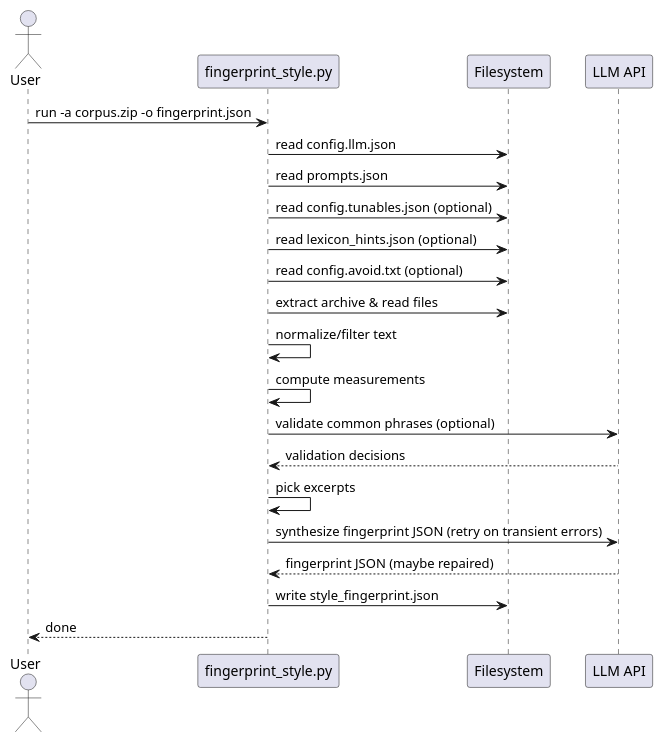
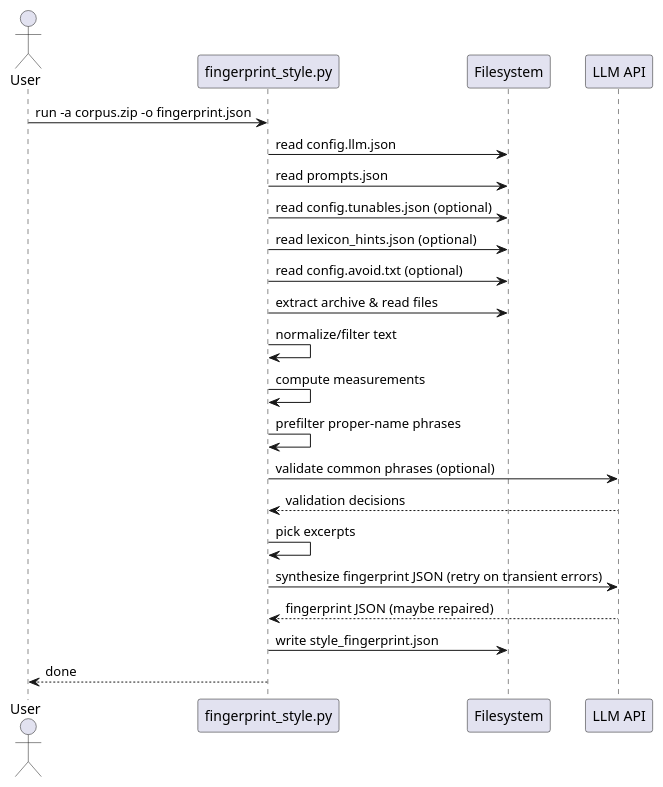
One commit to ngpepin/stylometric-transfer changed the third of 3 diagrams in UML-Fingerprint.md. Above: the diagram before and after it, drawn with PlantUML. The commit also changed other lines of this file and 3 other files, not shown here.

Commit message:
feat: add prefilter for likely proper-name phrases in common-phrase validation

````diff
--- a/UML-Fingerprint.md
+++ b/UML-Fingerprint.md
@@ -125,25 +127,26 @@
 ```plantuml
 @startuml
 actor User
 participant "fingerprint_style.py" as FS
 participant "Filesystem" as FSYS
 participant "LLM API" as LLM
 
 User -> FS : run -a corpus.zip -o fingerprint.json
 FS -> FSYS : read config.llm.json
 FS -> FSYS : read prompts.json
 FS -> FSYS : read config.tunables.json (optional)
 FS -> FSYS : read lexicon_hints.json (optional)
 FS -> FSYS : read config.avoid.txt (optional)
 FS -> FSYS : extract archive & read files
 FS -> FS : normalize/filter text
 FS -> FS : compute measurements
+FS -> FS : prefilter proper-name phrases
 FS -> LLM : validate common phrases (optional)
 LLM --> FS : validation decisions
 FS -> FS : pick excerpts
 FS -> LLM : synthesize fingerprint JSON (retry on transient errors)
 LLM --> FS : fingerprint JSON (maybe repaired)
 FS -> FSYS : write style_fingerprint.json
 FS --> User : done
 @enduml
 ```
````
